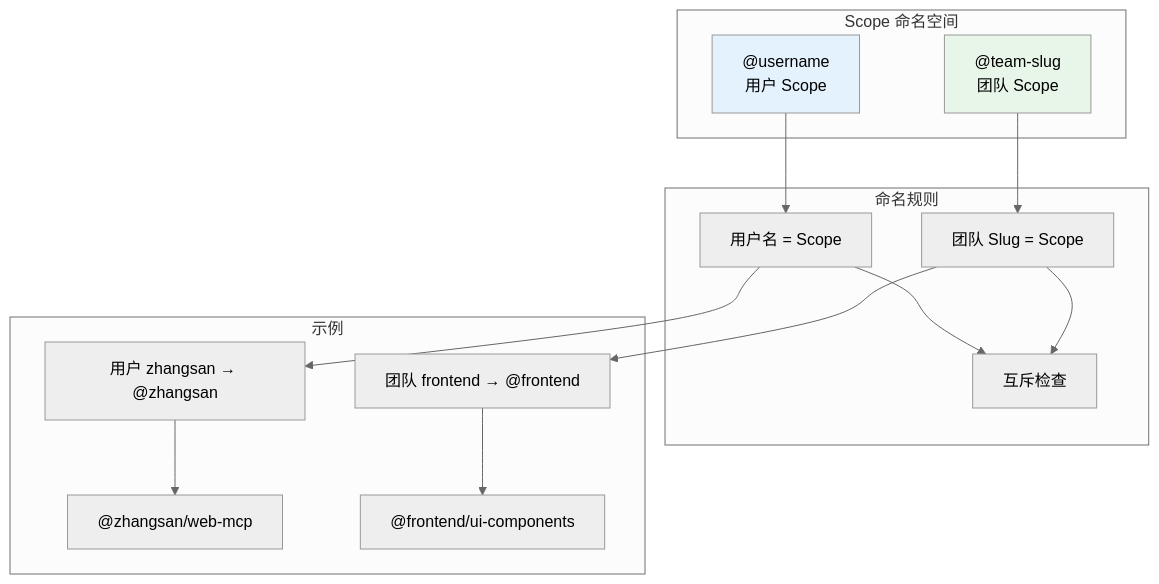
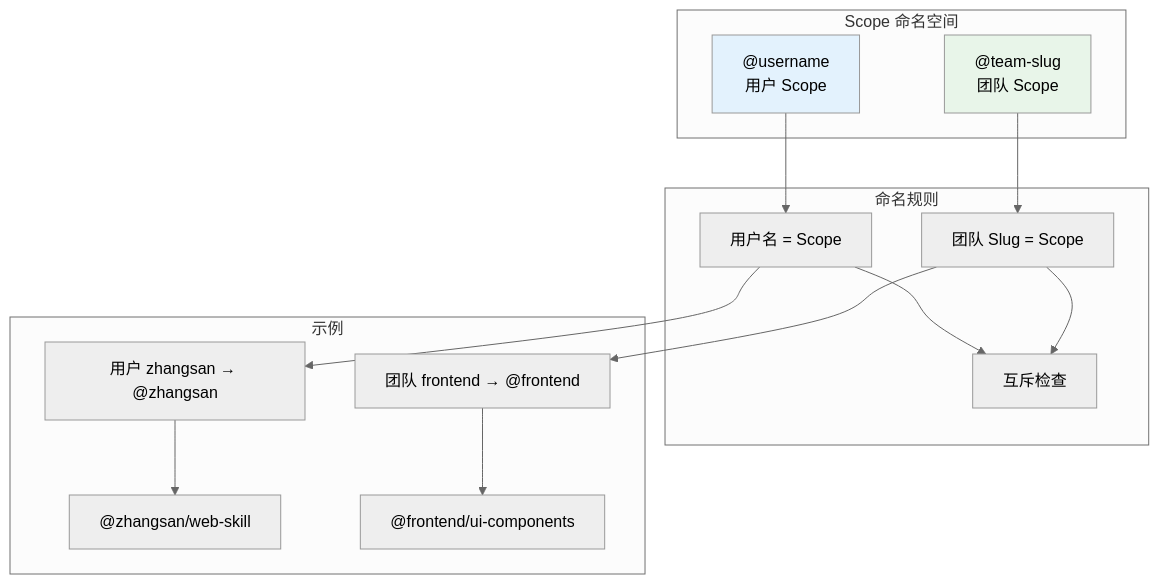
One commit to afine907/agent-kit-admin changed the eighth of 11 diagrams in docs/architecture/diagrams/04-er-diagram.md. Above: the diagram before and after it, drawn with Mermaid (neutral theme). The commit also changed other lines of this file and 126 other files, not shown here.

First line of the commit message:
refactor!: 移除 MCP 支持并引入 Skill 测试对话 Agent

````diff
--- a/docs/architecture/diagrams/04-er-diagram.md
+++ b/docs/architecture/diagrams/04-er-diagram.md
@@ -341,33 +341,33 @@
 ```mermaid
 flowchart TB
     subgraph "Scope 命名空间"
         UserScope["@username<br/>用户 Scope"]
         TeamScope["@team-slug<br/>团队 Scope"]
     end
 
     subgraph "命名规则"
         Rule1["用户名 = Scope"]
         Rule2["团队 Slug = Scope"]
         Rule3["互斥检查"]
     end
 
     UserScope --> Rule1
     TeamScope --> Rule2
     Rule1 --> Rule3
     Rule2 --> Rule3
 
     subgraph "示例"
         Example1["用户 zhangsan → @zhangsan"]
         Example2["团队 frontend → @frontend"]
-        Example3["@zhangsan/web-mcp"]
+        Example3["@zhangsan/web-skill"]
         Example4["@frontend/ui-components"]
     end
 
     Rule1 --> Example1
     Rule2 --> Example2
     Example1 --> Example3
     Example2 --> Example4
 
     style UserScope fill:#E3F2FD
     style TeamScope fill:#E8F5E9
 ```
````
